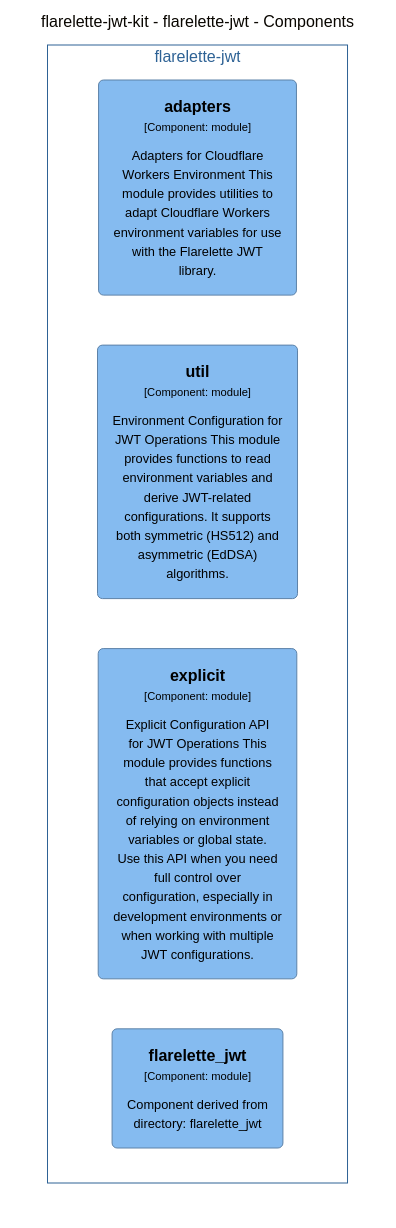
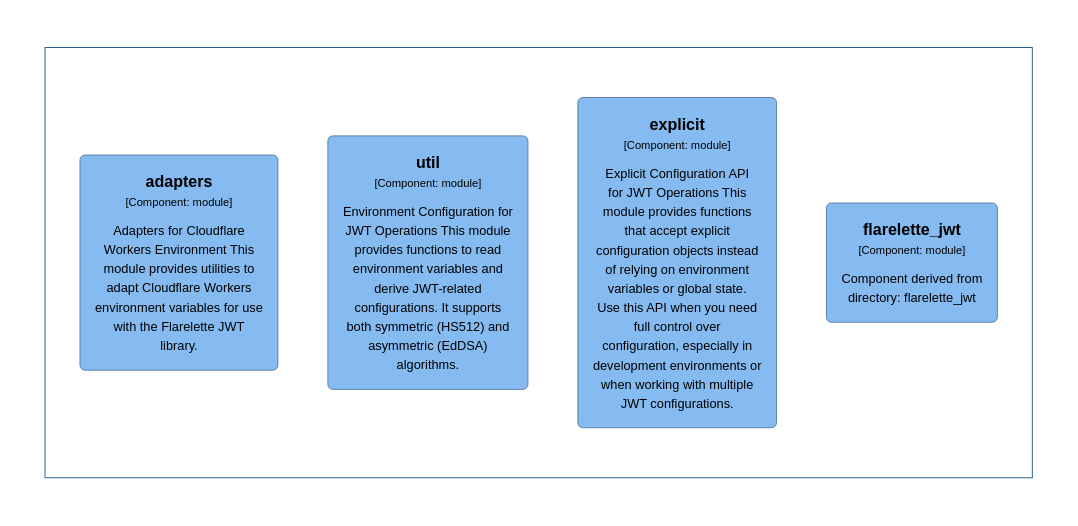
Before and after one commit to chrislyons-dev/flarelette-jwt-kit: the diagram in docs/architecture/diagrams/mermaid/structurizr-Components_flarelette_jwt.mmd, drawn with Mermaid (base theme). The commit also changed 118 other files, not shown here.

```diff
--- a/docs/architecture/diagrams/mermaid/structurizr-Components_flarelette_jwt.mmd
+++ b/docs/architecture/diagrams/mermaid/structurizr-Components_flarelette_jwt.mmd
@@ -1,20 +1,20 @@
-graph TB
+graph LR
   linkStyle default fill:#ffffff
 
-  subgraph diagram ["flarelette-jwt-kit - flarelette-jwt - Components"]
+  subgraph diagram [" "]
     style diagram fill:#ffffff,stroke:#ffffff
 
-    subgraph 60 ["flarelette-jwt"]
-      style 60 fill:#ffffff,stroke:#2e6295,color:#2e6295
+    subgraph 65 [" "]
+      style 65 fill:#ffffff,stroke:#2e6295,color:#2e6295
 
-      61("<div style='font-weight: bold'>adapters</div><div style='font-size: 70%; margin-top: 0px'>[Component: module]</div><div style='font-size: 80%; margin-top:10px'>Adapters for Cloudflare<br />Workers Environment This<br />module provides utilities to<br />adapt Cloudflare Workers<br />environment variables for use<br />with the Flarelette JWT<br />library.</div>")
-      style 61 fill:#85bbf0,stroke:#5d82a8,color:#000000
-      62("<div style='font-weight: bold'>util</div><div style='font-size: 70%; margin-top: 0px'>[Component: module]</div><div style='font-size: 80%; margin-top:10px'>Environment Configuration for<br />JWT Operations This module<br />provides functions to read<br />environment variables and<br />derive JWT-related<br />configurations. It supports<br />both symmetric (HS512) and<br />asymmetric (EdDSA)<br />algorithms.</div>")
-      style 62 fill:#85bbf0,stroke:#5d82a8,color:#000000
-      63("<div style='font-weight: bold'>explicit</div><div style='font-size: 70%; margin-top: 0px'>[Component: module]</div><div style='font-size: 80%; margin-top:10px'>Explicit Configuration API<br />for JWT Operations This<br />module provides functions<br />that accept explicit<br />configuration objects instead<br />of relying on environment<br />variables or global state.<br />Use this API when you need<br />full control over<br />configuration, especially in<br />development environments or<br />when working with multiple<br />JWT configurations.</div>")
-      style 63 fill:#85bbf0,stroke:#5d82a8,color:#000000
-      64("<div style='font-weight: bold'>flarelette_jwt</div><div style='font-size: 70%; margin-top: 0px'>[Component: module]</div><div style='font-size: 80%; margin-top:10px'>Component derived from<br />directory: flarelette_jwt</div>")
-      style 64 fill:#85bbf0,stroke:#5d82a8,color:#000000
+      66("<div style='font-weight: bold'>adapters</div><div style='font-size: 70%; margin-top: 0px'>[Component: module]</div><div style='font-size: 80%; margin-top:10px'>Adapters for Cloudflare<br />Workers Environment This<br />module provides utilities to<br />adapt Cloudflare Workers<br />environment variables for use<br />with the Flarelette JWT<br />library.</div>")
+      style 66 fill:#85bbf0,stroke:#5d82a8,color:#000000
+      67("<div style='font-weight: bold'>util</div><div style='font-size: 70%; margin-top: 0px'>[Component: module]</div><div style='font-size: 80%; margin-top:10px'>Environment Configuration for<br />JWT Operations This module<br />provides functions to read<br />environment variables and<br />derive JWT-related<br />configurations. It supports<br />both symmetric (HS512) and<br />asymmetric (EdDSA)<br />algorithms.</div>")
+      style 67 fill:#85bbf0,stroke:#5d82a8,color:#000000
+      68("<div style='font-weight: bold'>explicit</div><div style='font-size: 70%; margin-top: 0px'>[Component: module]</div><div style='font-size: 80%; margin-top:10px'>Explicit Configuration API<br />for JWT Operations This<br />module provides functions<br />that accept explicit<br />configuration objects instead<br />of relying on environment<br />variables or global state.<br />Use this API when you need<br />full control over<br />configuration, especially in<br />development environments or<br />when working with multiple<br />JWT configurations.</div>")
+      style 68 fill:#85bbf0,stroke:#5d82a8,color:#000000
+      69("<div style='font-weight: bold'>flarelette_jwt</div><div style='font-size: 70%; margin-top: 0px'>[Component: module]</div><div style='font-size: 80%; margin-top:10px'>Component derived from<br />directory: flarelette_jwt</div>")
+      style 69 fill:#85bbf0,stroke:#5d82a8,color:#000000
     end
 
   end
```
